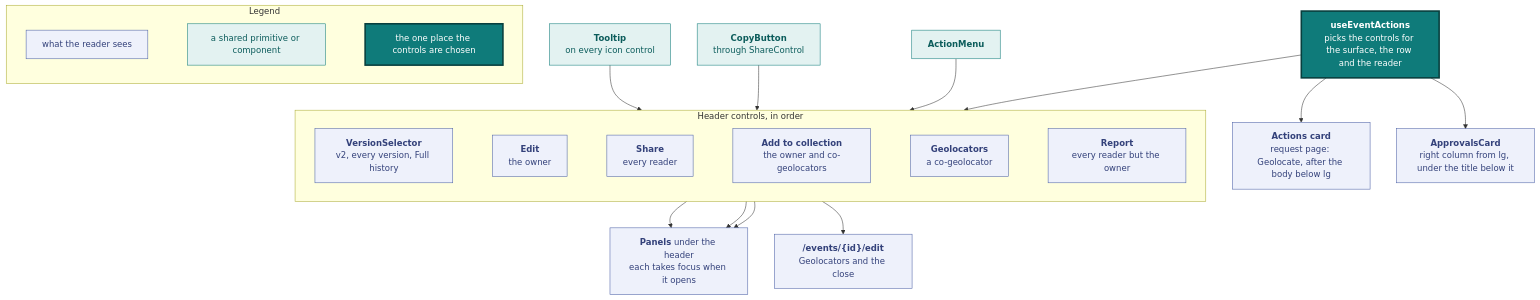
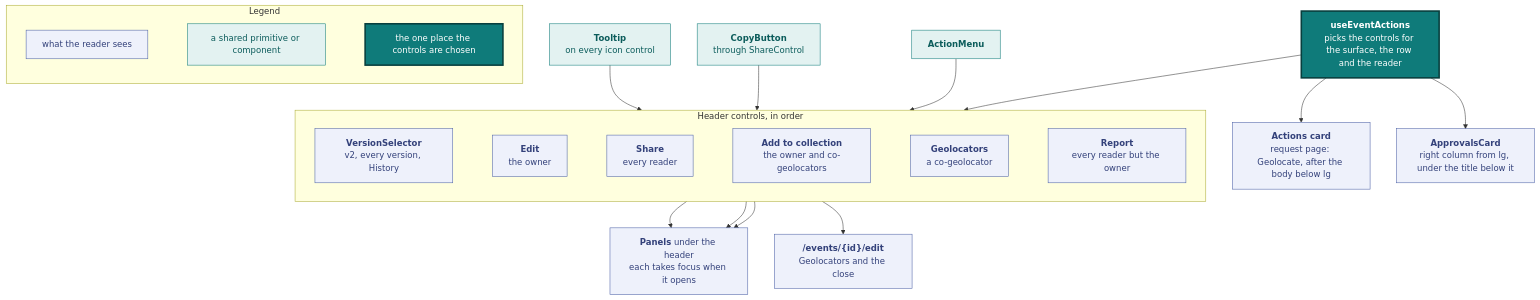
The fifth of 11 diagrams in docs/design.md (vidithq/vidit), drawn with Mermaid before and after one commit. The commit also changed other lines of this file and 6 other files, not shown here.

````diff
--- a/docs/design.md
+++ b/docs/design.md
@@ -513,59 +513,59 @@
 ```mermaid
 flowchart TB
   classDef spec fill:#eef1fb,stroke:#4a5fa5,color:#33417a
   classDef shared fill:#e3f2f1,stroke:#0f7b7a,color:#0b5c5b
   classDef core fill:#0f7b7a,stroke:#083f3e,stroke-width:3px,color:#ffffff
 
   subgraph legend [Legend]
     direction LR
     l1["`what the reader sees`"]:::spec
     l2["`a shared primitive or component`"]:::shared
     l3["`the one place the controls are chosen`"]:::core
     l1 ~~~ l2 ~~~ l3
   end
 
   hook["`**useEventActions**
   picks the controls for the surface, the row and the reader`"]:::core
 
   subgraph header [Header controls, in order]
     direction LR
     versions["`**VersionSelector**
-    v2, every version, Full history`"]:::spec
+    v2, every version, History`"]:::spec
     edit["`**Edit**
     the owner`"]:::spec
     share["`**Share**
     every reader`"]:::spec
     collect["`**Add to collection**
     the owner and co-geolocators`"]:::spec
     credit["`**Geolocators**
     a co-geolocator`"]:::spec
     report["`**Report**
     every reader but the owner`"]:::spec
     versions ~~~ edit ~~~ share ~~~ collect ~~~ credit ~~~ report
   end
 
   menu["`**ActionMenu**`"]:::shared
   copy["`**CopyButton**
   through ShareControl`"]:::shared
   tooltip["`**Tooltip**
   on every icon control`"]:::shared
   editpage["`**/events/{id}/edit**
   Geolocators and the close`"]:::spec
   panels["`**Panels** under the header
   each takes focus when it opens`"]:::spec
   card["`**ApprovalsCard**
   right column from lg, under the title below it`"]:::spec
   actionscard["`**Actions card**
   request page: Geolocate, after the body below lg`"]:::spec
 
   hook --> header
   hook --> card
   hook --> actionscard
   menu --> versions
   copy --> share
   tooltip --> header
   edit --> editpage
   collect --> panels
   credit --> panels
   report --> panels
 ```
````
